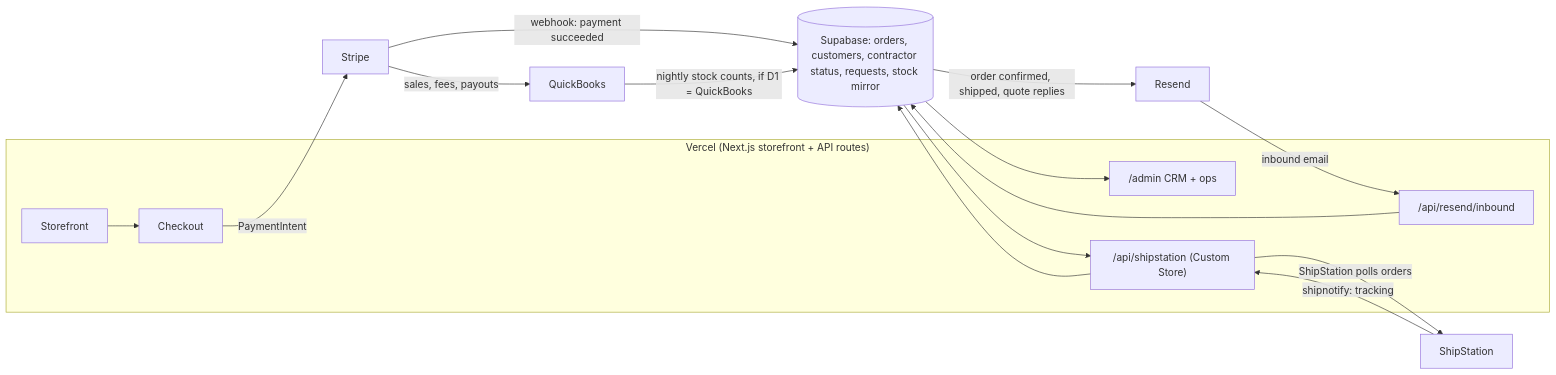
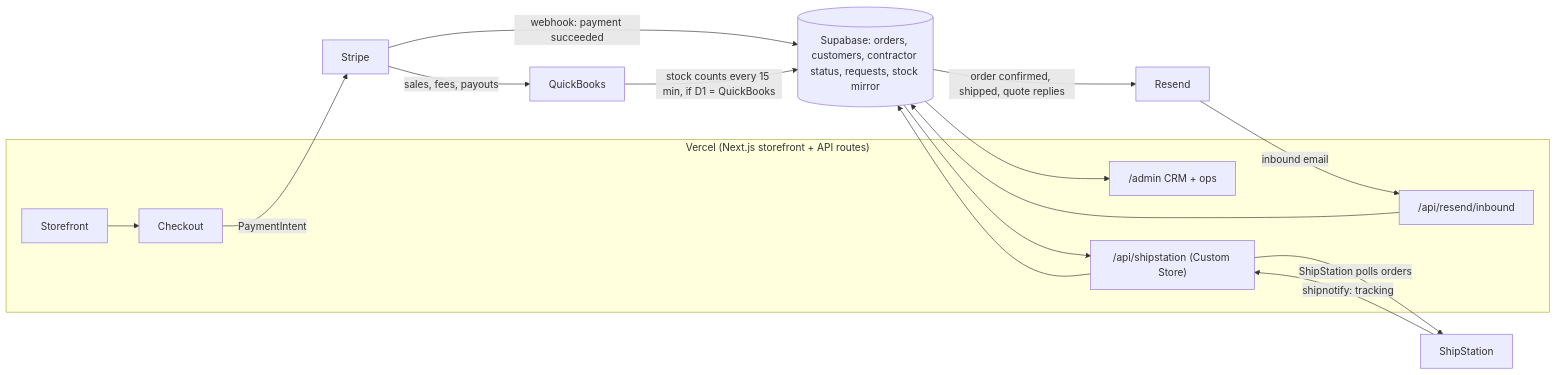
The diagram in docs/PIPELINE-ARCHITECTURE-PLAN.md (TrolliedBloke/August2026SummitHvacSupply), drawn with Mermaid before and after one commit. The commit also changed other lines of this file and 116 other files, not shown here.

````diff
--- a/docs/PIPELINE-ARCHITECTURE-PLAN.md
+++ b/docs/PIPELINE-ARCHITECTURE-PLAN.md
@@ -29,18 +29,18 @@
 ```mermaid
 flowchart LR
   subgraph Vercel["Vercel (Next.js storefront + API routes)"]
     SF[Storefront] --> CO[Checkout]
     ADM["/admin CRM + ops"]
     SSE["/api/shipstation (Custom Store)"]
     RIN["/api/resend/inbound"]
   end
   CO -->|PaymentIntent| ST[Stripe]
   ST -->|webhook: payment succeeded| DB[(Supabase: orders, customers, contractor status, requests, stock mirror)]
   DB --> SSE -->|ShipStation polls orders| SS[ShipStation]
   SS -->|shipnotify: tracking| SSE --> DB
   DB -->|order confirmed, shipped, quote replies| RS[Resend]
   RS -->|inbound email| RIN --> DB
   DB --> ADM
   ST -->|sales, fees, payouts| QB[QuickBooks]
-  QB -->|nightly stock counts, if D1 = QuickBooks| DB
+  QB -->|stock counts every 15 min, if D1 = QuickBooks| DB
 ```
````
